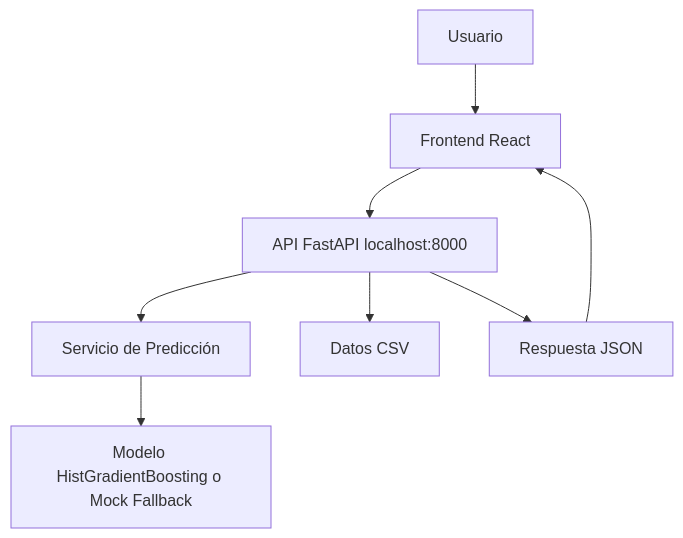
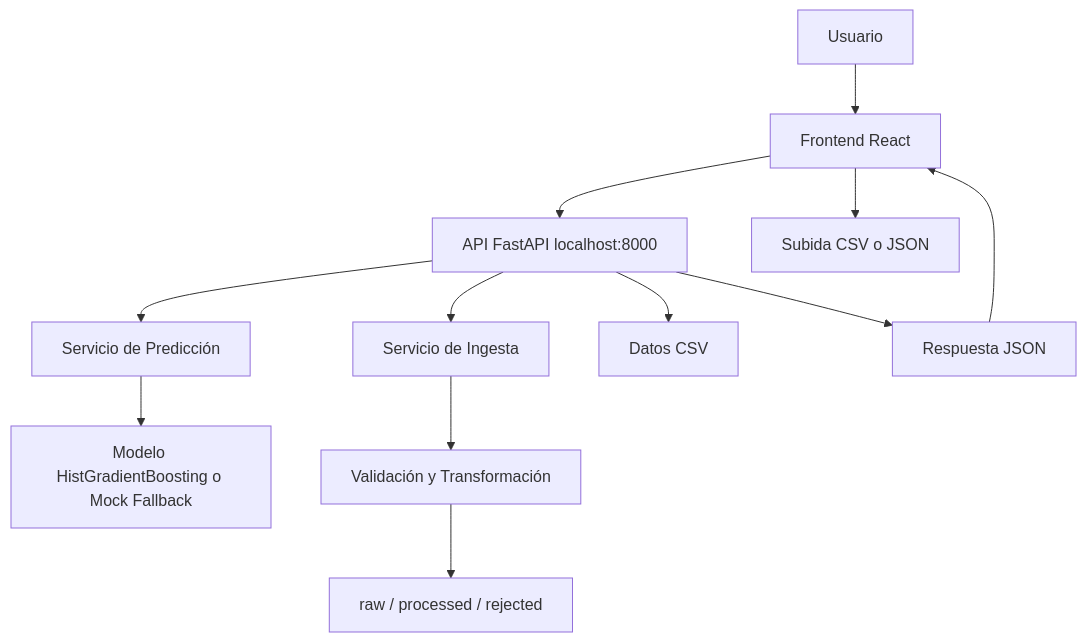
The diagram in docs/architecture.md (marianofernandezs/walmart-data-science), drawn with Mermaid before and after one commit. The commit also changed other lines of this file and 25 other files, not shown here.

````diff
--- a/docs/architecture.md
+++ b/docs/architecture.md
@@ -5,10 +5,14 @@
 ```mermaid
 graph TD
   A[Usuario] --> B[Frontend React]
   B --> C[API FastAPI localhost:8000]
+  B --> H[Subida CSV o JSON]
   C --> D[Servicio de Predicción]
   D --> E[Modelo HistGradientBoosting o Mock Fallback]
+  C --> I[Servicio de Ingesta]
+  I --> J[Validación y Transformación]
+  J --> K[raw / processed / rejected]
   C --> F[Datos CSV]
   C --> G[Respuesta JSON]
   G --> B
 ```
````
